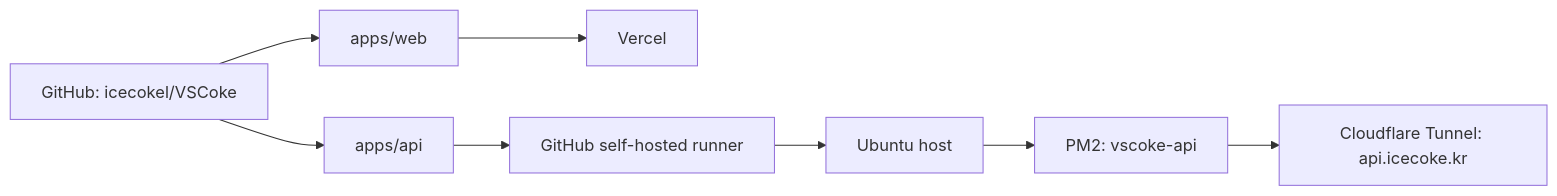
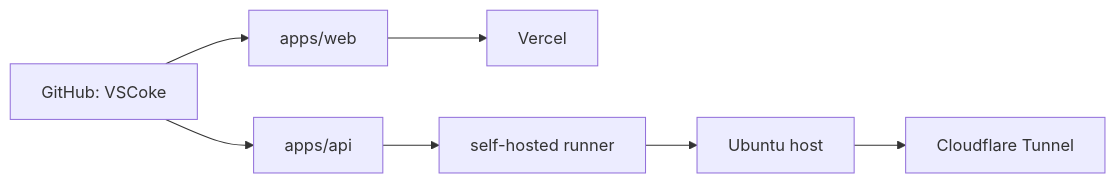
The diagram in docs/vscoke-monorepo-concept.md (icecokel/VSCoke), drawn with Mermaid before and after one commit. The commit also changed other lines of this file and 18 other files, not shown here.

````diff
--- a/docs/vscoke-monorepo-concept.md
+++ b/docs/vscoke-monorepo-concept.md
@@ -286,14 +115,13 @@
 ```mermaid
 flowchart LR
-  Repo["GitHub: icecokel/VSCoke"]
+  Repo["GitHub: VSCoke"]
   Web["apps/web"]
   Api["apps/api"]
   Vercel["Vercel"]
-  Runner["GitHub self-hosted runner"]
+  Runner["self-hosted runner"]
   Host["Ubuntu host"]
-  PM2["PM2: vscoke-api"]
-  Tunnel["Cloudflare Tunnel: api.icecoke.kr"]
+  Tunnel["Cloudflare Tunnel"]
 
   Repo --> Web --> Vercel
-  Repo --> Api --> Runner --> Host --> PM2 --> Tunnel
+  Repo --> Api --> Runner --> Host --> Tunnel
 ```
````
